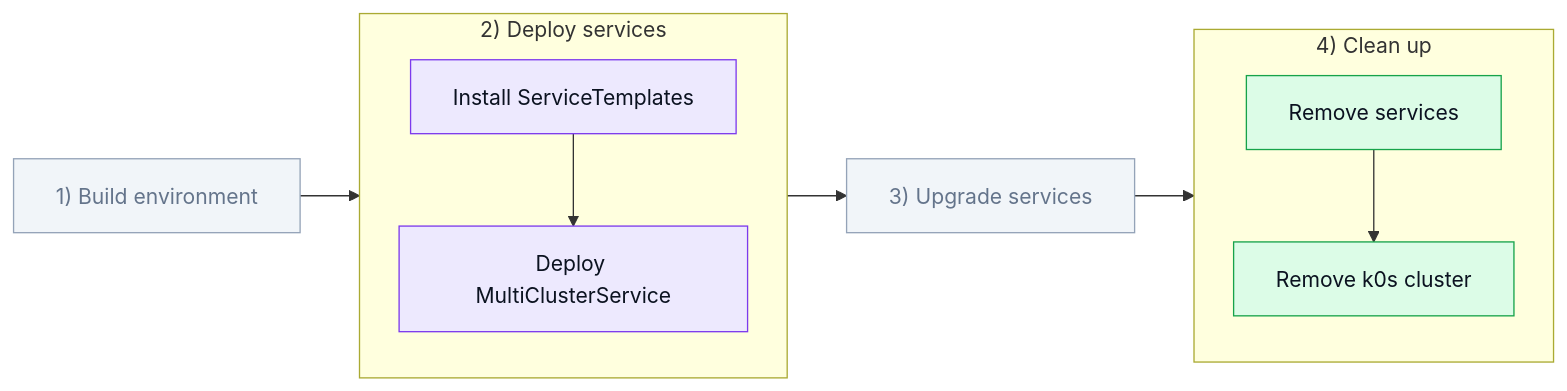
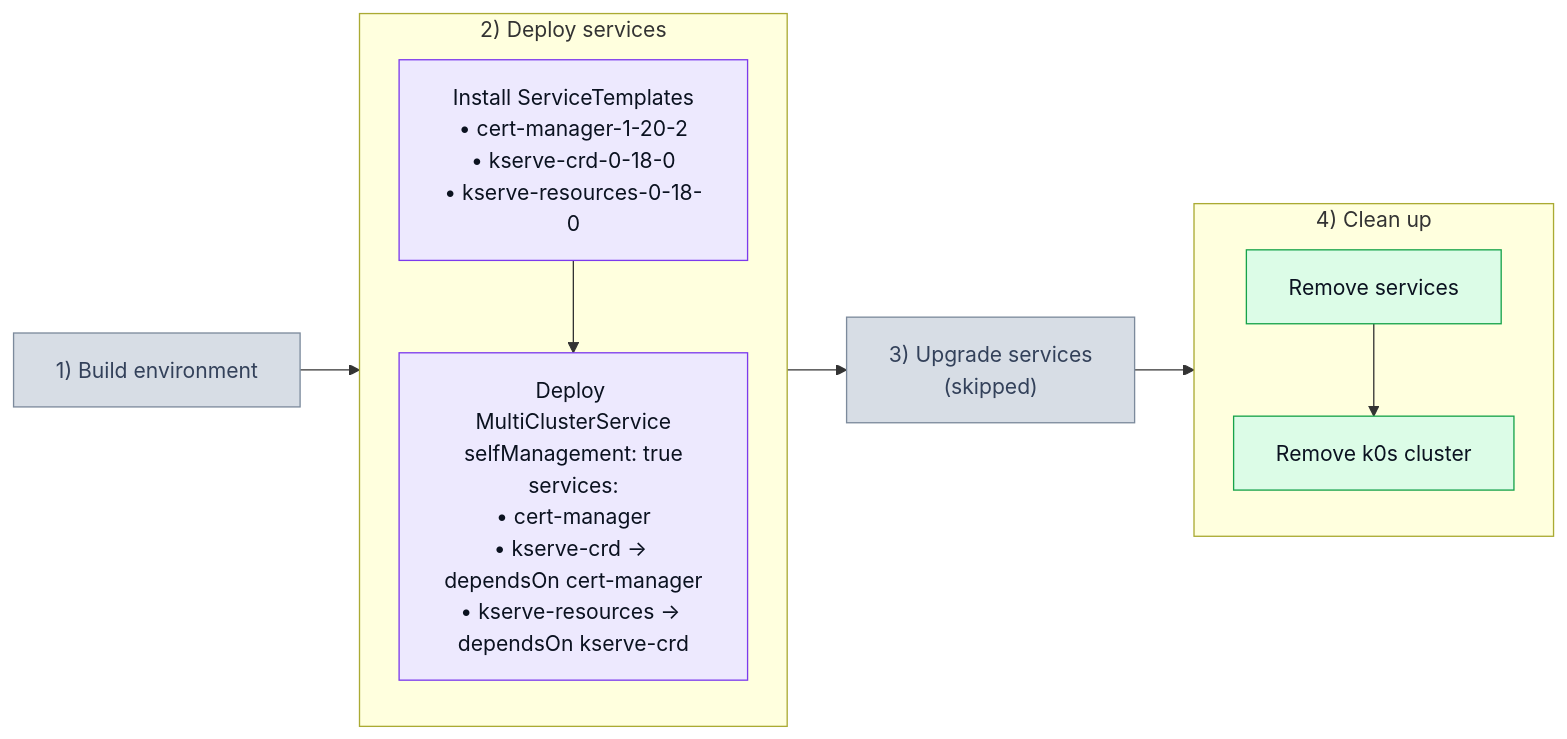
One commit to josef-hak/ksm-tests changed the second of 2 diagrams in test_scenarios/201_svcdep.md. Above: the diagram before and after it, drawn with Mermaid.

Commit message:
docs: fill in the scenario diagram detail

````diff
--- a/test_scenarios/201_svcdep.md
+++ b/test_scenarios/201_svcdep.md
@@ -29,27 +29,29 @@
 ```mermaid
 %%{init: {'flowchart': {'padding': 16, 'nodeSpacing': 40, 'rankSpacing': 45}}}%%
 flowchart LR
     P1["1) Build environment"]
 
     subgraph P2["2) Deploy services"]
         direction TB
-        D1["Install ServiceTemplates"] --> D2["Deploy MultiClusterService"]
+        D1["Install ServiceTemplates<br/>• cert-manager-1-20-2<br/>• kserve-crd-0-18-0<br/>• kserve-resources-0-18-0"]
+        D2["Deploy MultiClusterService<br/>selfManagement: true<br/>services:<br/>• cert-manager<br/>• kserve-crd → dependsOn cert-manager<br/>• kserve-resources → dependsOn kserve-crd"]
+        D1 --> D2
     end
 
-    P3["3) Upgrade services"]
+    P3["3) Upgrade services<br/>(skipped)"]
 
     subgraph P4["4) Clean up"]
         direction TB
         C1["Remove services"] --> C2["Remove k0s cluster"]
     end
 
     P1 --> P2 --> P3 --> P4
 
-    classDef off fill:#f1f5f9,stroke:#94a3b8,color:#64748b
+    classDef off fill:#d7dde5,stroke:#7c8a9c,color:#33415a
     classDef dep fill:#ede9fe,stroke:#7c3aed,color:#0b1220
     classDef out fill:#dcfce7,stroke:#16a34a,color:#0b1220
 
     class P1,P3 off
     class D1,D2 dep
     class C1,C2 out
 ```
````
